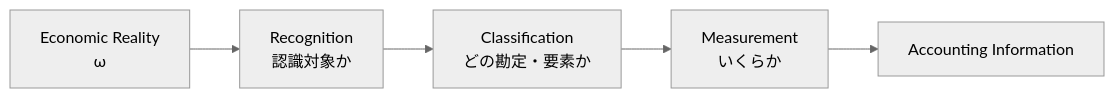
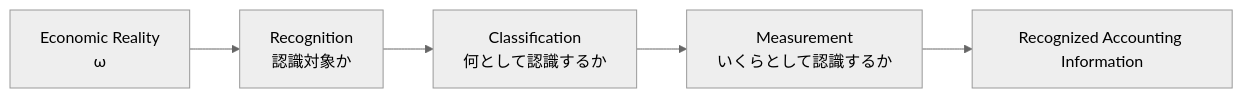
One commit to niikei/accounting-state-model changed the first of 2 diagrams in theory/01-reality-and-recognition.md. Above: the diagram before and after it, drawn with Mermaid (neutral theme). The commit also changed other lines of this file and 8 other files, not shown here.

````diff
--- a/theory/01-reality-and-recognition.md
+++ b/theory/01-reality-and-recognition.md
@@ -78,10 +158,14 @@
 ```mermaid
 flowchart LR
     W["Economic Reality<br/>ω"]
+
     R["Recognition<br/>認識対象か"]
-    C["Classification<br/>どの勘定・要素か"]
-    M["Measurement<br/>いくらか"]
-    I["Accounting Information"]
 
-    W --> R --> C --> M --> I
+    C["Classification<br/>何として認識するか"]
+
+    M["Measurement<br/>いくらとして認識するか"]
+
+    A["Recognized Accounting Information"]
+
+    W --> R --> C --> M --> A
 ```
````
